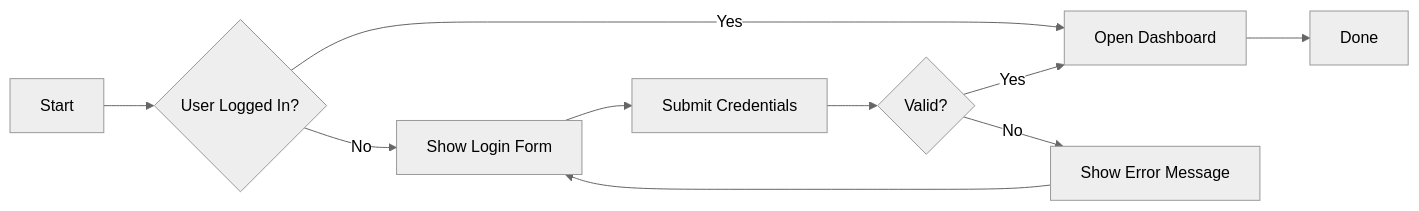
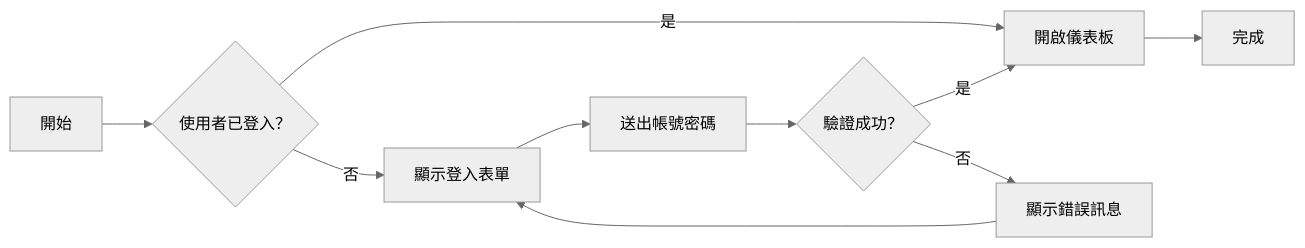
The diagram in demo/mermaid_example2.mmd (pulipulichen/HTML-Draw-IO-Viewer), drawn with Mermaid (neutral theme) before and after one commit. The commit also changed 16 other files, not shown here.

First line of the commit message:
Enhance user interface and functionality for AI and diagram rendering

```diff
--- a/demo/mermaid_example2.mmd
+++ b/demo/mermaid_example2.mmd
@@ -1,10 +1,10 @@
 flowchart LR
-    A[Start] --> B{User Logged In?}
-    B -- Yes --> C[Open Dashboard]
-    B -- No --> D[Show Login Form]
-    D --> E[Submit Credentials]
-    E --> F{Valid?}
-    F -- Yes --> C
-    F -- No --> G[Show Error Message]
+    A[開始] --> B{使用者已登入？}
+    B -- 是 --> C[開啟儀表板]
+    B -- 否 --> D[顯示登入表單]
+    D --> E[送出帳號密碼]
+    E --> F{驗證成功？}
+    F -- 是 --> C
+    F -- 否 --> G[顯示錯誤訊息]
     G --> D
-    C --> H[Done]
+    C --> H[完成]
```
